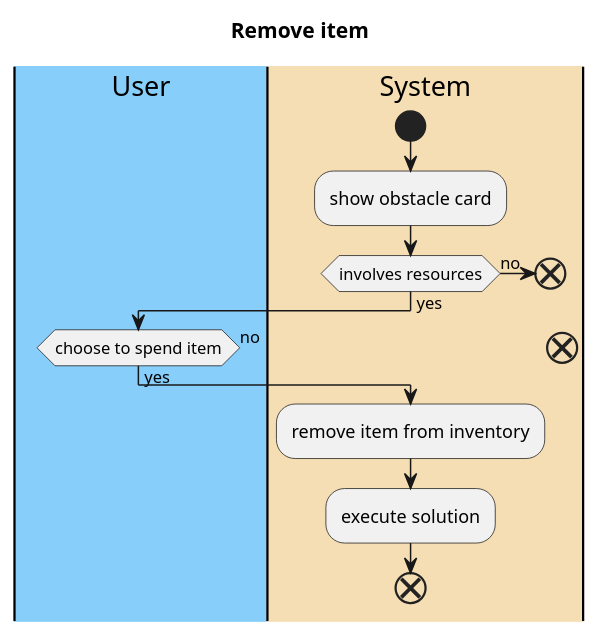
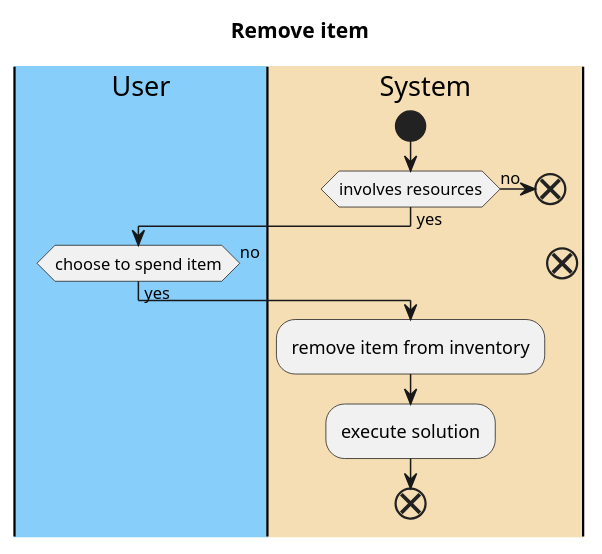
Before and after one commit to emutchek/MaraudersAtSea: the third of 3 diagrams in CMPU_203_PirateGame/doc/use-cases/Interact_with_Inventory.md, drawn with PlantUML. The commit also changed other lines of this file and 1 other file, not shown here.

````diff
--- a/CMPU_203_PirateGame/doc/use-cases/Interact_with_Inventory.md
+++ b/CMPU_203_PirateGame/doc/use-cases/Interact_with_Inventory.md
@@ -78,25 +73,24 @@
 ```PlantUML
 @startuml
 title Remove item
 |#LightSkyBlue|User|
 |#Wheat|System|
 
 |System|
 start
-:show obstacle card;
 if(involves resources) then (yes)
     |User|
     if(choose to spend item) then (yes)
     |System|
         :remove item from inventory;
         :execute solution;
         end
     else (no)
         end
     endif
 else (no)
     end
 endif
     
 @enduml
 ```
````
